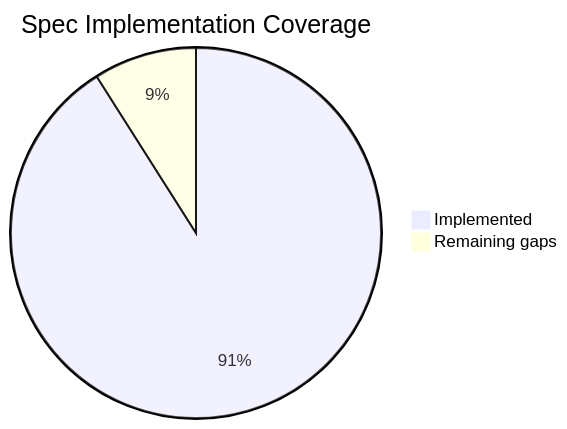
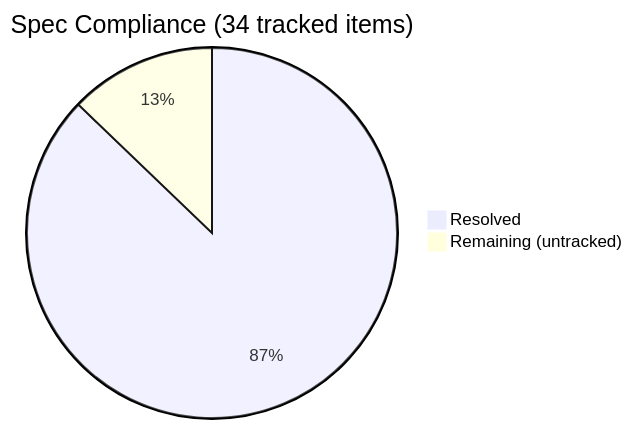
The diagram in docs/wiki/src/reference/spec-compliance.md (Quarmire/ndn-rs), drawn with Mermaid before and after one commit. The commit also changed other lines of this file and 1 other file, not shown here.

First line of the commit message:
wiki: retire SPEC-GAPS files; rewrite spec-compliance page

````diff
--- a/docs/wiki/src/reference/spec-compliance.md
+++ b/docs/wiki/src/reference/spec-compliance.md
@@ -95,6 +78,6 @@
 ```mermaid
 %%{init: {'theme': 'default'}}%%
-pie title Spec Implementation Coverage
-    "Implemented" : 91
-    "Remaining gaps" : 9
+pie title Spec Compliance (34 tracked items)
+    "Resolved" : 34
+    "Remaining (untracked)" : 5
 ```
````
